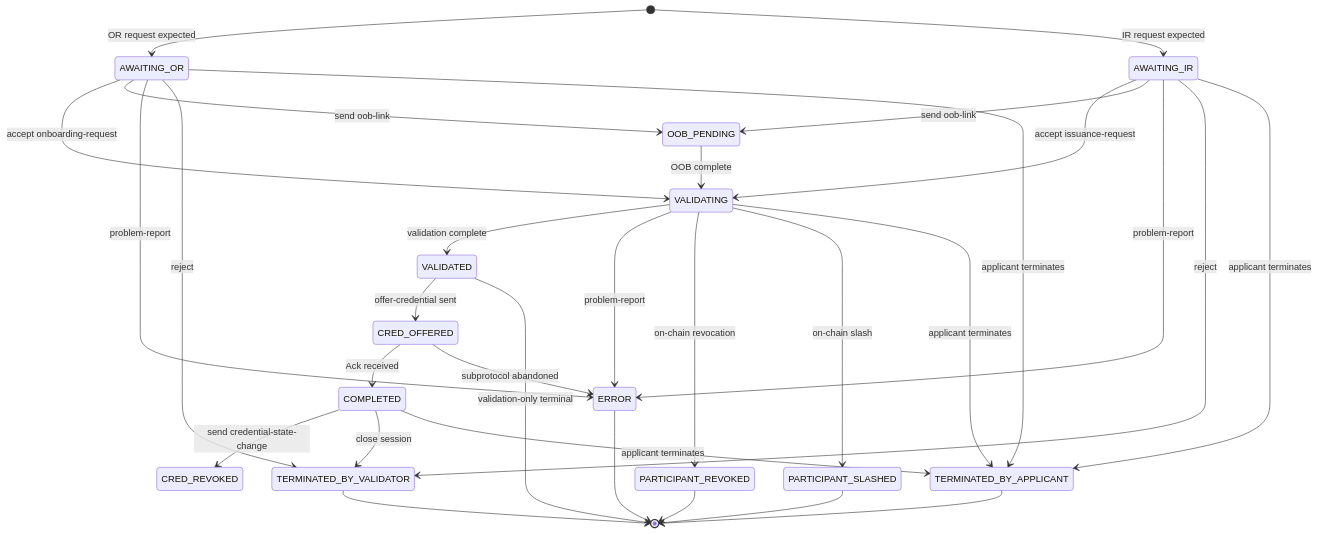
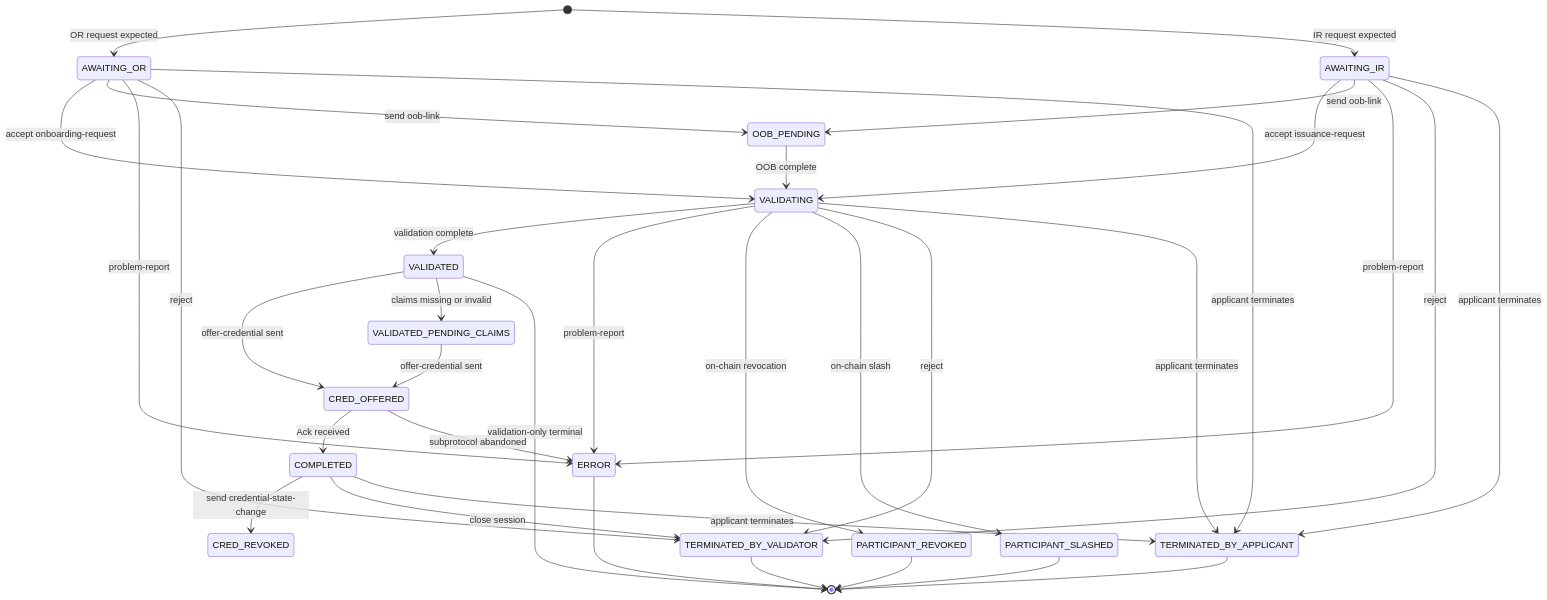
The third of 4 diagrams in v4/vt-flow-protocol/spec.md (verana-labs/verana-spec), drawn with Mermaid before and after one commit. The commit also changed other lines of this file, not shown here.

Commit message:
feat(vt-flow): VALIDATED_PENDING_CLAIMS state, validator reject transition, vt-flow.validation-refused code

````diff
--- a/v4/vt-flow-protocol/spec.md
+++ b/v4/vt-flow-protocol/spec.md
@@ -501,36 +502,39 @@
 ```mermaid
 stateDiagram-v2
     direction TB
     [*] --> AWAITING_OR: OR request expected
     [*] --> AWAITING_IR: IR request expected
     AWAITING_OR --> VALIDATING: accept onboarding-request
     AWAITING_IR --> VALIDATING: accept issuance-request
     AWAITING_OR --> OOB_PENDING: send oob-link
     AWAITING_IR --> OOB_PENDING: send oob-link
     OOB_PENDING --> VALIDATING: OOB complete
     VALIDATING --> VALIDATED: validation complete
     VALIDATED --> CRED_OFFERED: offer-credential sent
+    VALIDATED --> VALIDATED_PENDING_CLAIMS: claims missing or invalid
+    VALIDATED_PENDING_CLAIMS --> CRED_OFFERED: offer-credential sent
     CRED_OFFERED --> COMPLETED: Ack received
 
     VALIDATED --> [*]: validation-only terminal
     COMPLETED --> CRED_REVOKED: send credential-state-change
 
     AWAITING_OR --> ERROR: problem-report
     AWAITING_IR --> ERROR: problem-report
     VALIDATING --> ERROR: problem-report
     CRED_OFFERED --> ERROR: subprotocol abandoned
     VALIDATING --> PARTICIPANT_REVOKED: on-chain revocation
     VALIDATING --> PARTICIPANT_SLASHED: on-chain slash
     AWAITING_OR --> TERMINATED_BY_VALIDATOR: reject
     AWAITING_IR --> TERMINATED_BY_VALIDATOR: reject
+    VALIDATING --> TERMINATED_BY_VALIDATOR: reject
     COMPLETED --> TERMINATED_BY_VALIDATOR: close session
     ERROR --> [*]
     TERMINATED_BY_VALIDATOR --> [*]
     AWAITING_OR --> TERMINATED_BY_APPLICANT: applicant terminates
     AWAITING_IR --> TERMINATED_BY_APPLICANT: applicant terminates
     VALIDATING --> TERMINATED_BY_APPLICANT: applicant terminates
     COMPLETED --> TERMINATED_BY_APPLICANT: applicant terminates
     TERMINATED_BY_APPLICANT --> [*]
     PARTICIPANT_REVOKED --> [*]
     PARTICIPANT_SLASHED --> [*]
 ```
````
